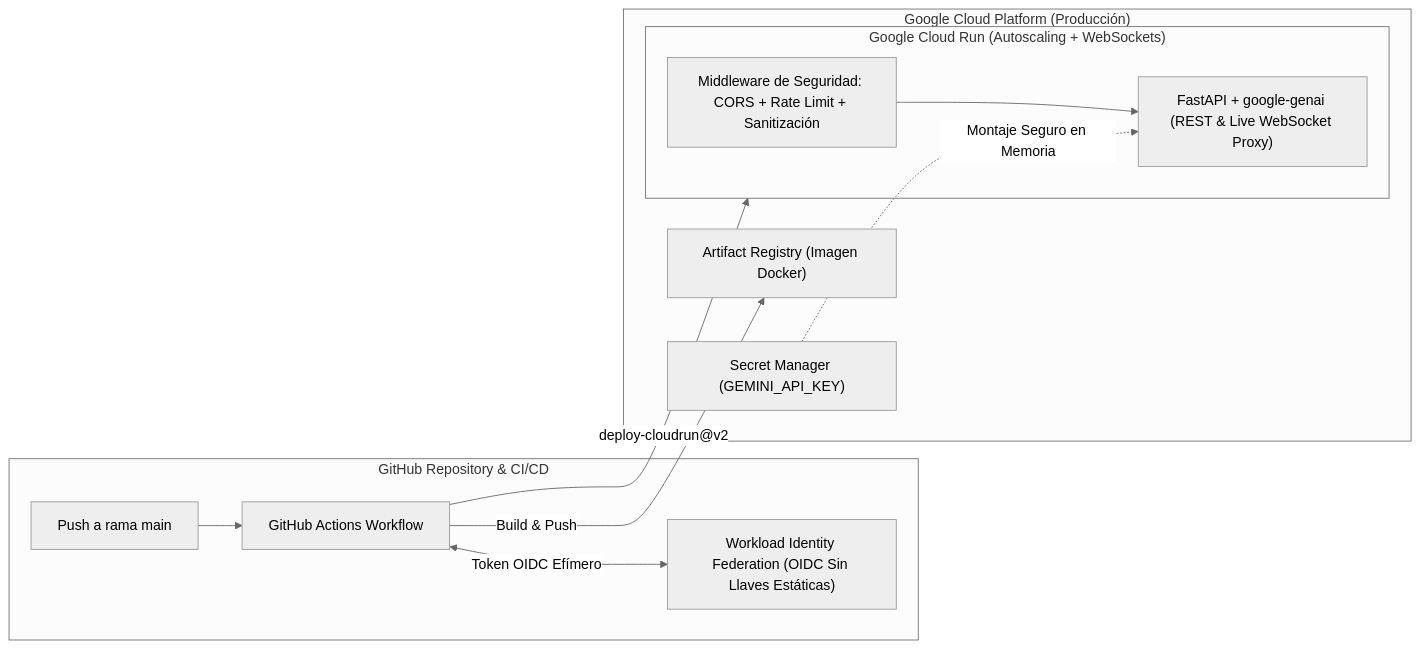
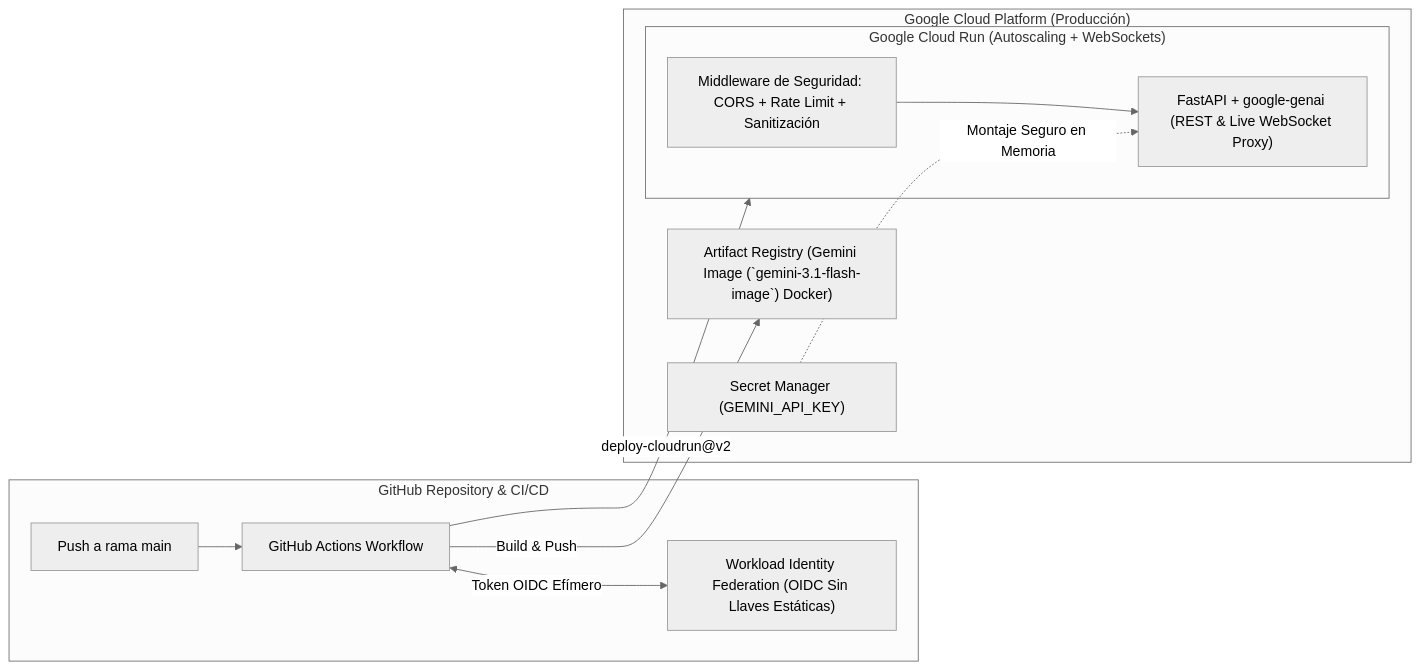
Before and after one commit to AllInVaders/aistudio-full-course: the diagram in es/module-04-deploy-github-cloudrun-security/README.md, drawn with Mermaid (neutral theme). The commit also changed other lines of this file and 30 other files, not shown here.

Commit message:
feat: upgrade all models across curriculum, labs, portal & notebooks to Sep 2026 lineup (Gemini 3.7 Flash, 3.1 Pro, Gemini 3.1 Flash Image / Nano Banana 2, Gemini Omni 1.1 Flash Video, Gemini 3.8 Live)

````diff
--- a/es/module-04-deploy-github-cloudrun-security/README.md
+++ b/es/module-04-deploy-github-cloudrun-security/README.md
@@ -11,25 +11,25 @@
 ```mermaid
 flowchart LR
     subgraph GitHub["GitHub Repository & CI/CD"]
         CODE["Push a rama main"]
         GHA["GitHub Actions Workflow"]
         WIF["Workload Identity Federation (OIDC Sin Llaves Estáticas)"]
     end
 
     subgraph GCP["Google Cloud Platform (Producción)"]
-        AR["Artifact Registry (Imagen Docker)"]
+        AR["Artifact Registry (Gemini Image (`gemini-3.1-flash-image`) Docker)"]
         SM["Secret Manager (GEMINI_API_KEY)"]
         
         subgraph CloudRun["Google Cloud Run (Autoscaling + WebSockets)"]
             GUARD["Middleware de Seguridad: CORS + Rate Limit + Sanitización"]
             APP["FastAPI + google-genai (REST & Live WebSocket Proxy)"]
         end
     end
 
     CODE --> GHA
     GHA <-->|"Token OIDC Efímero"| WIF
     GHA -->|"Build & Push"| AR
     GHA -->|"deploy-cloudrun@v2"| CloudRun
     SM -.->|"Montaje Seguro en Memoria"| APP
     GUARD --> APP
 ```
````
